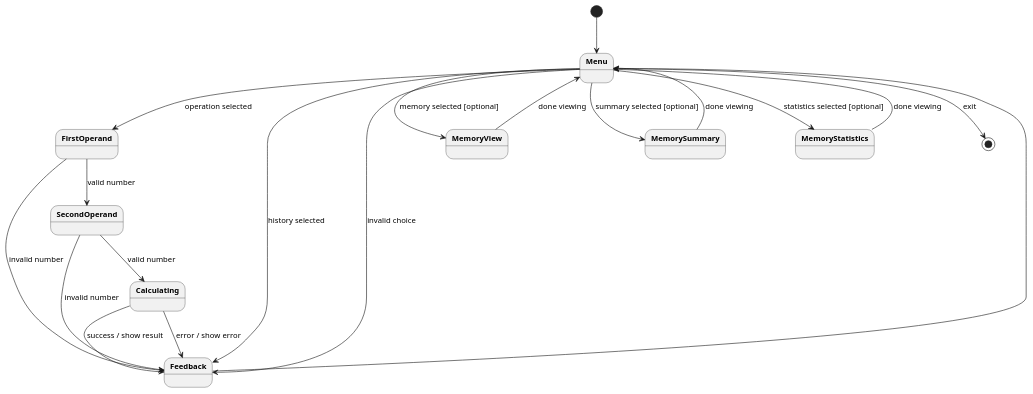
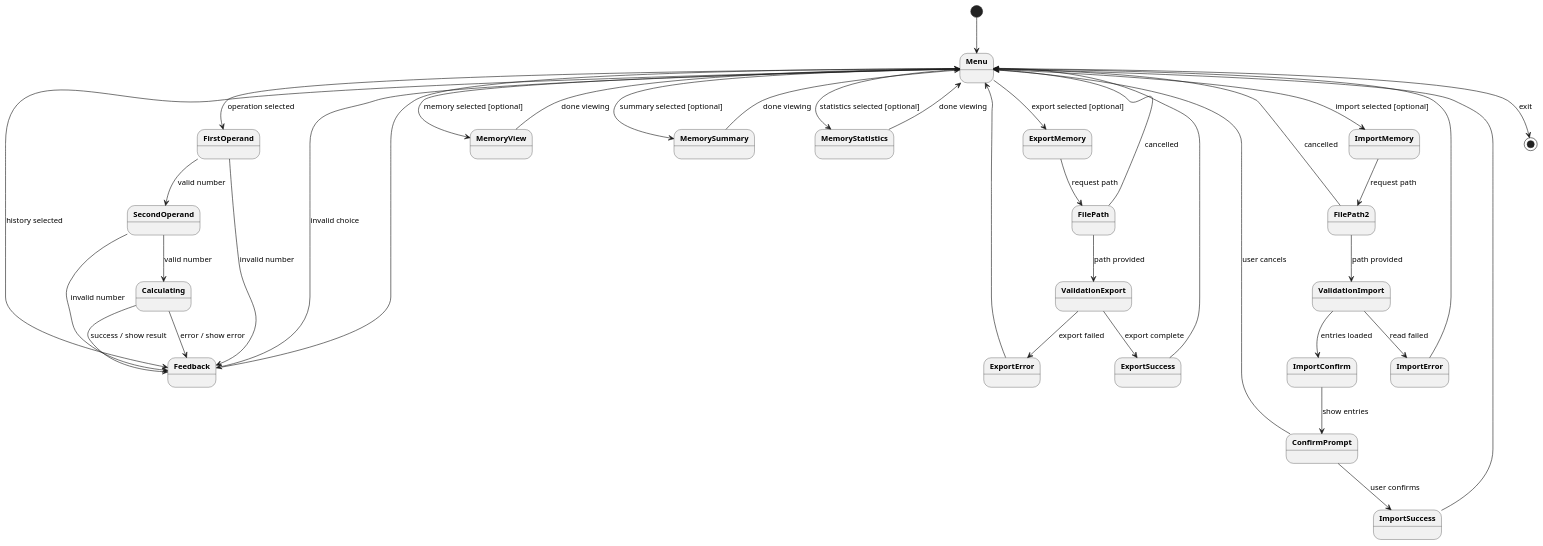
One commit to DanielRiha8906/Software_autoevolution_using_agents changed the diagram in experiments/supervisor_as_tools/structured_text/calculator/artifacts/state_diagram_interactive.puml. Above: the diagram before and after it, drawn with PlantUML. The commit also changed 9 other files, not shown here.

```diff
--- a/experiments/supervisor_as_tools/structured_text/calculator/artifacts/state_diagram_interactive.puml
+++ b/experiments/supervisor_as_tools/structured_text/calculator/artifacts/state_diagram_interactive.puml
@@ -1,32 +1,53 @@
 @startuml state_diagram_interactive
 
 skinparam defaultFontSize 13
 skinparam stateFontStyle bold
 
 top to bottom direction
 
 [*] --> Menu
 
 Menu --> FirstOperand : operation selected
 Menu --> Feedback : history selected
 Menu --> MemoryView : memory selected [optional]
 Menu --> MemorySummary : summary selected [optional]
 Menu --> MemoryStatistics : statistics selected [optional]
+Menu --> ExportMemory : export selected [optional]
+Menu --> ImportMemory : import selected [optional]
 Menu --> Feedback : invalid choice
 Menu --> [*] : exit
 
 FirstOperand --> SecondOperand : valid number
 FirstOperand --> Feedback : invalid number
 
 SecondOperand --> Calculating : valid number
 SecondOperand --> Feedback : invalid number
 
 Calculating --> Feedback : success / show result
 Calculating --> Feedback : error / show error
 Feedback --> Menu
 
 MemoryView --> Menu : done viewing
 MemorySummary --> Menu : done viewing
 MemoryStatistics --> Menu : done viewing
 
+ExportMemory --> FilePath : request path
+FilePath --> ValidationExport : path provided
+FilePath --> Menu : cancelled
+ValidationExport --> ExportSuccess : export complete
+ValidationExport --> ExportError : export failed
+ExportSuccess --> Menu
+ExportError --> Menu
+
+ImportMemory --> FilePath2 : request path
+FilePath2 --> ValidationImport : path provided
+FilePath2 --> Menu : cancelled
+ValidationImport --> ImportConfirm : entries loaded
+ValidationImport --> ImportError : read failed
+ImportConfirm --> ConfirmPrompt : show entries
+ConfirmPrompt --> ImportSuccess : user confirms
+ConfirmPrompt --> Menu : user cancels
+ImportSuccess --> Menu
+ImportError --> Menu
+
 @enduml
```
